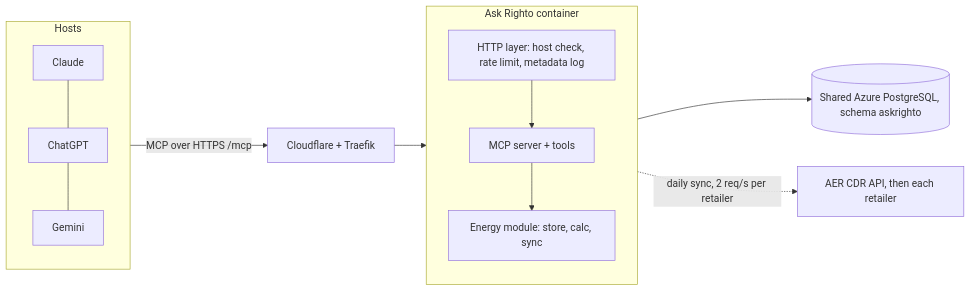
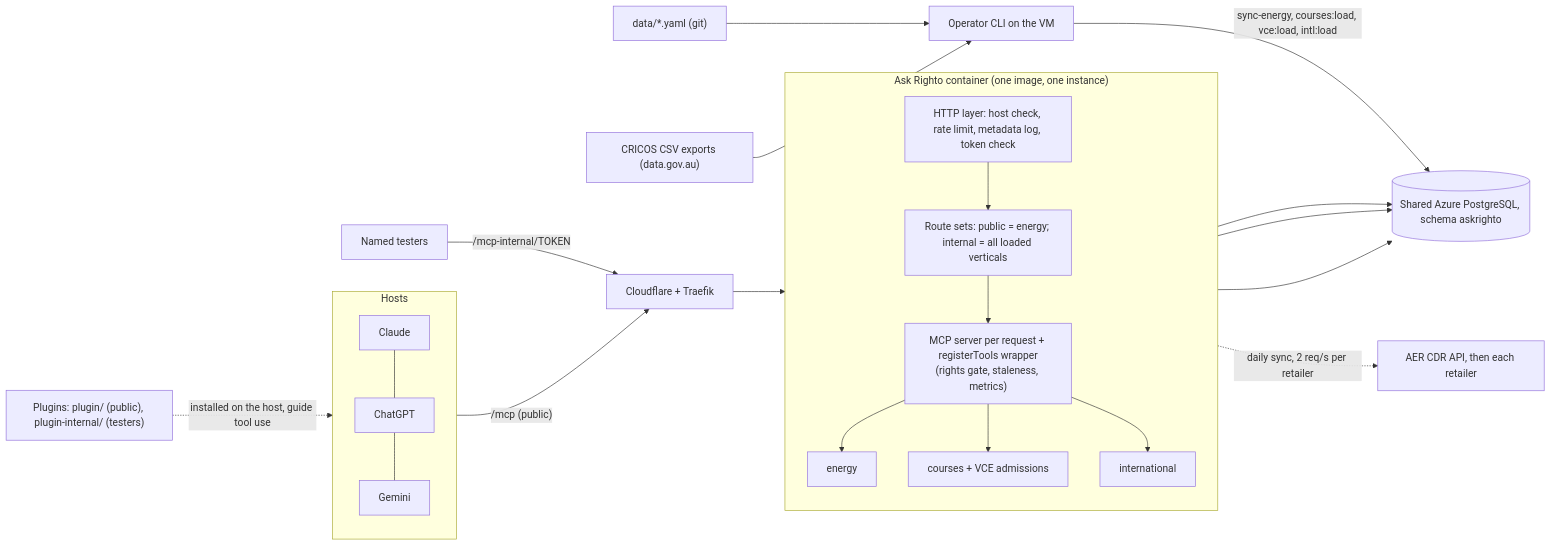
Before and after one commit to feimacode/askrighto: the diagram in docs/architecture.md, drawn with Mermaid. The commit also changed other lines of this file and 7 other files, not shown here.

First line of the commit message:
Refresh the architecture doc and add per-area implementation docs

````diff
--- a/docs/architecture.md
+++ b/docs/architecture.md
@@ -30,17 +39,26 @@
 ```mermaid
 flowchart LR
   subgraph Hosts
     C[Claude] --- X[ChatGPT] --- G[Gemini]
   end
-  Hosts -->|"MCP over HTTPS /mcp"| T[Cloudflare + Traefik]
+  Hosts -->|"/mcp (public)"| T[Cloudflare + Traefik]
+  Testers["Named testers"] -->|"/mcp-internal/TOKEN"| T
   T --> S
-  subgraph S[Ask Righto container]
+  subgraph S["Ask Righto container (one image, one instance)"]
     direction TB
-    H[HTTP layer: host check, rate limit, metadata log]
-    M[MCP server + tools]
-    E[Energy module: store, calc, sync]
-    H --> M --> E
+    H["HTTP layer: host check, rate limit, metadata log, token check"]
+    R["Route sets: public = energy; internal = all loaded verticals"]
+    M["MCP server per request + registerTools wrapper<br/>(rights gate, staleness, metrics)"]
+    V1["energy"]
+    V2["courses + VCE admissions"]
+    V3["international"]
+    H --> R --> M
+    M --> V1 & V2 & V3
   end
-  E --> P[(Shared Azure PostgreSQL, schema askrighto)]
-  E -. "daily sync, 2 req/s per retailer" .-> A[AER CDR API, then each retailer]
+  V1 & V2 & V3 --> P[("Shared Azure PostgreSQL, schema askrighto")]
+  V1 -. "daily sync, 2 req/s per retailer" .-> A[AER CDR API, then each retailer]
+  Ops["Operator CLI on the VM"] -->|"sync-energy, courses:load, vce:load, intl:load"| P
+  Files["data/*.yaml (git)"] --> Ops
+  CRICOS["CRICOS CSV exports (data.gov.au)"] --> Ops
+  Skills["Plugins: plugin/ (public), plugin-internal/ (testers)"] -.->|"installed on the host, guide tool use"| Hosts
 ```
````
